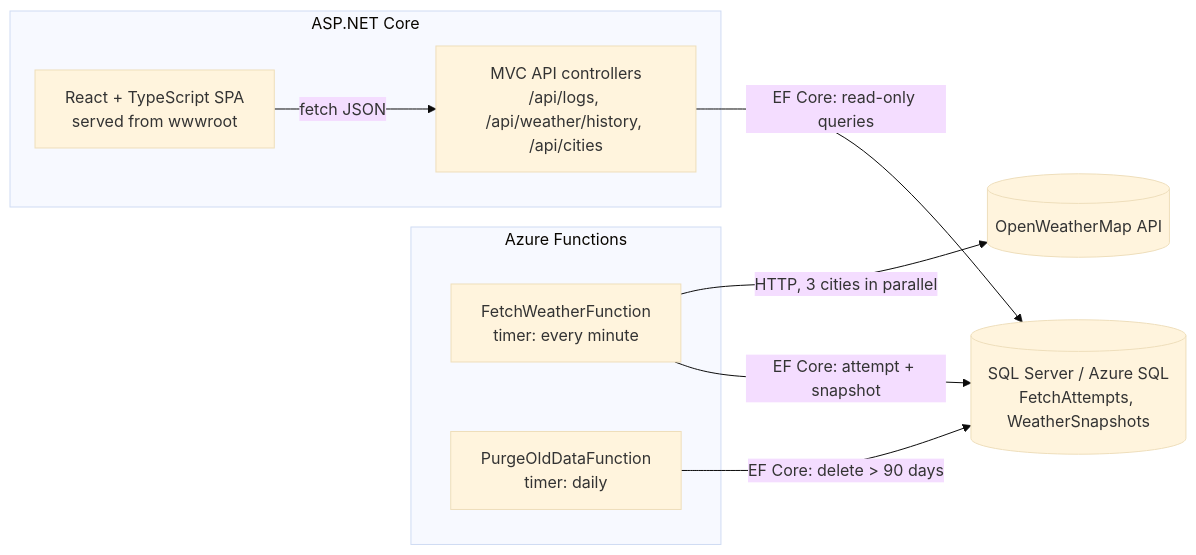
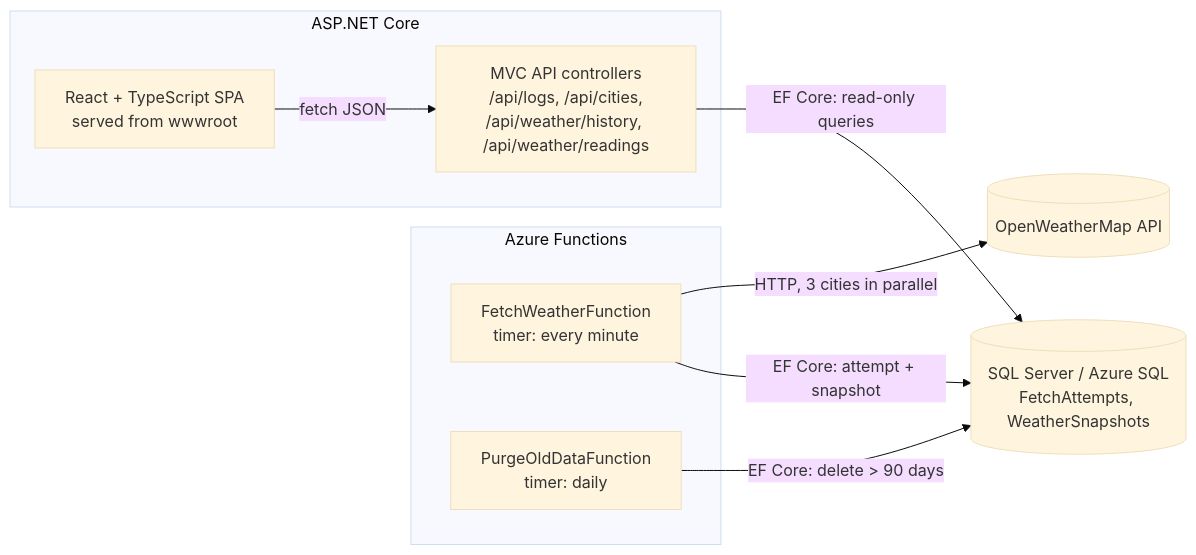
The first of 2 diagrams in README.md (Dmitrijs-Blinkovs/weather-monitor), drawn with Mermaid (base theme) before and after one commit. The commit also changed other lines of this file and 69 other files, not shown here.

````diff
--- a/README.md
+++ b/README.md
@@ -48,19 +49,19 @@
 ```mermaid
 flowchart LR
     OWM[(OpenWeatherMap API)]
     subgraph Azure Functions
         F[FetchWeatherFunction<br/>timer: every minute]
         P[PurgeOldDataFunction<br/>timer: daily]
     end
     subgraph ASP.NET Core
-        API[MVC API controllers<br/>/api/logs, /api/weather/history, /api/cities]
+        API[MVC API controllers<br/>/api/logs, /api/cities,<br/>/api/weather/history, /api/weather/readings]
         SPA[React + TypeScript SPA<br/>served from wwwroot]
     end
     DB[(SQL Server / Azure SQL<br/>FetchAttempts, WeatherSnapshots)]
 
     F -- "HTTP, 3 cities in parallel" --> OWM
     F -- "EF Core: attempt + snapshot" --> DB
     P -- "EF Core: delete > 90 days" --> DB
     API -- "EF Core: read-only queries" --> DB
     SPA -- "fetch JSON" --> API
 ```
````
